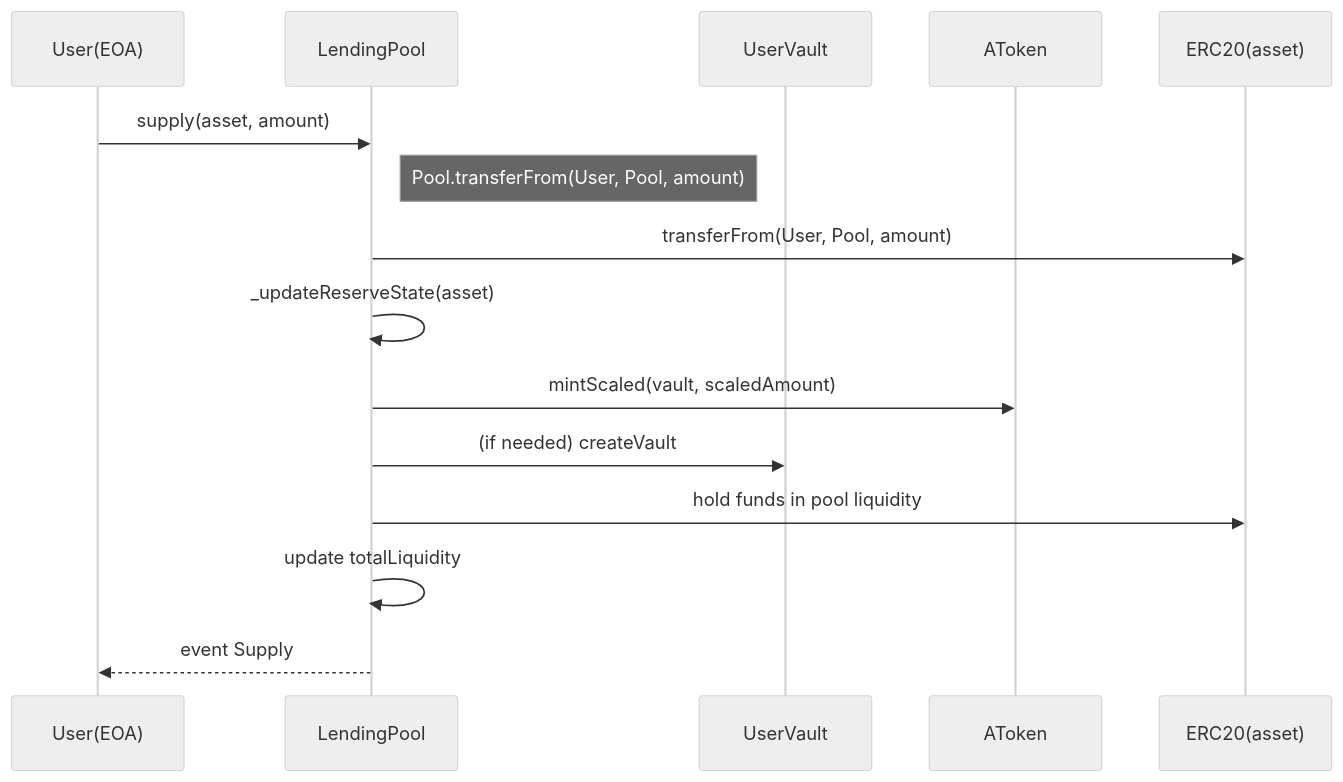
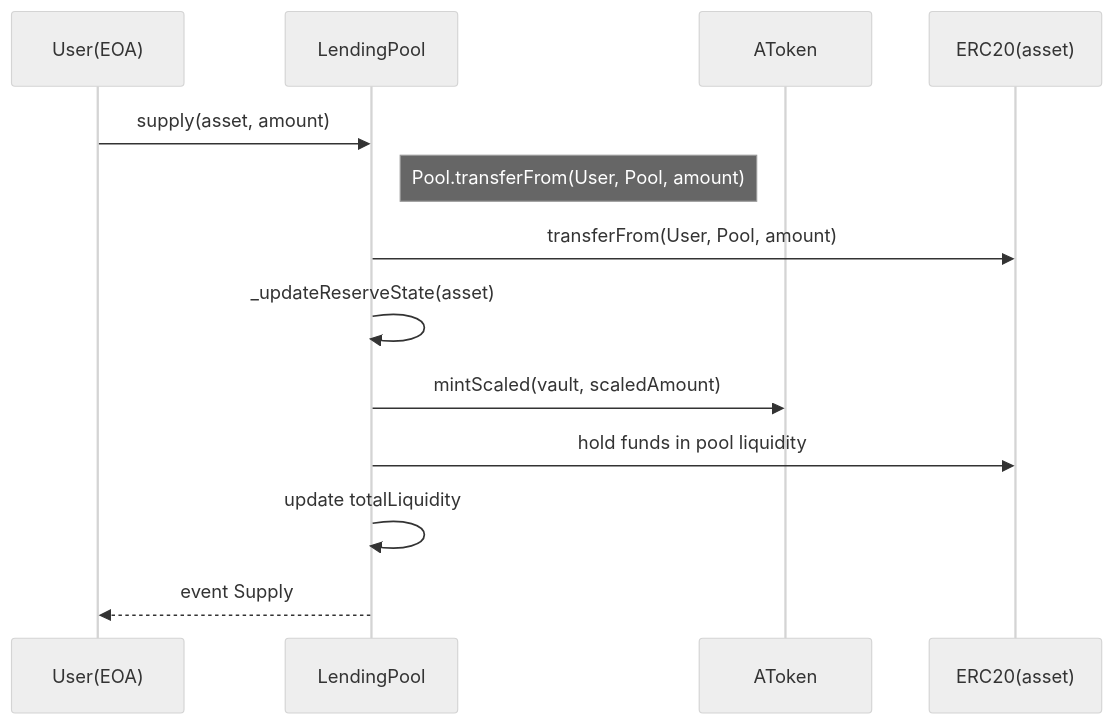
One commit to visionfire/lender changed the first of 6 diagrams in README.md. Above: the diagram before and after it, drawn with Mermaid (neutral theme). The commit also changed other lines of this file, not shown here.

````diff
--- a/README.md
+++ b/README.md
@@ -138,18 +141,16 @@
 ```mermaid
 sequenceDiagram
   participant User as User(EOA)
   participant Pool as LendingPool
-  participant Vault as UserVault
   participant AToken as AToken
   participant ERC20 as ERC20(asset)
 
   User->>Pool: supply(asset, amount)
   Note right of Pool: Pool.transferFrom(User, Pool, amount)
   Pool->>ERC20: transferFrom(User, Pool, amount)
   Pool->>Pool: _updateReserveState(asset)
   Pool->>AToken: mintScaled(vault, scaledAmount)
-  Pool->>Vault: (if needed) createVault
   Pool->>ERC20: hold funds in pool liquidity
   Pool->>Pool: update totalLiquidity
   Pool-->>User: event Supply
 ```
````
